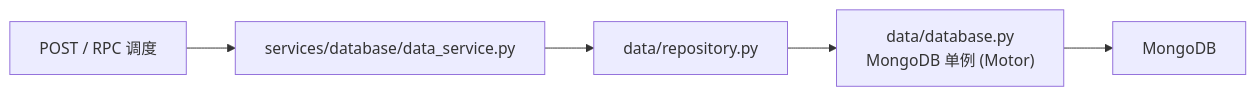
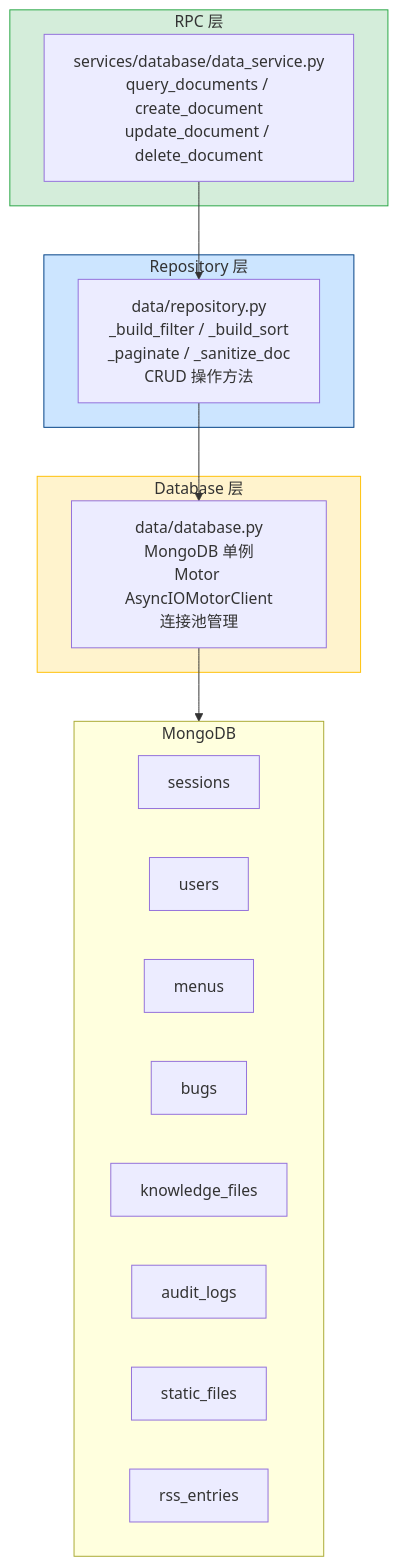
One commit to effiy/YrY changed the first of 2 diagrams in YiKnowledge/projects/yiai/devs/2026-08/15-prd-task-数据访问层.md. Above: the diagram before and after it, drawn with Mermaid. The commit also changed other lines of this file and 4958 other files, not shown here.

````diff
--- a/YiKnowledge/projects/yiai/devs/2026-08/15-prd-task-数据访问层.md
+++ b/YiKnowledge/projects/yiai/devs/2026-08/15-prd-task-数据访问层.md
@@ -32,7 +39,33 @@
 ```mermaid
-flowchart LR
-  RPC["POST / RPC 调度"] --> DS["services/database/data_service.py"]
-  DS --> REPO["data/repository.py"]
-  REPO --> DB["data/database.py<br/>MongoDB 单例 (Motor)"]
-  DB --> MONGO["MongoDB"]
+graph TD
+  subgraph RPC["RPC 层"]
+    DS["services/database/data_service.py<br/>query_documents / create_document<br/>update_document / delete_document"]
+  end
+
+  subgraph REPOSITORY["Repository 层"]
+    REPO["data/repository.py<br/>_build_filter / _build_sort<br/>_paginate / _sanitize_doc<br/>CRUD 操作方法"]
+  end
+
+  subgraph DATABASE["Database 层"]
+    DB["data/database.py<br/>MongoDB 单例<br/>Motor AsyncIOMotorClient<br/>连接池管理"]
+  end
+
+  subgraph MONGO["MongoDB"]
+    SESSIONS["sessions"]
+    USERS["users"]
+    MENUS["menus"]
+    BUGS["bugs"]
+    KNOWLEDGE["knowledge_files"]
+    AUDIT["audit_logs"]
+    STATIC["static_files"]
+    RSS["rss_entries"]
+  end
+
+  DS --> REPO
+  REPO --> DB
+  DB --> MONGO
+
+  style RPC fill:#d4edda,stroke:#28a745
+  style REPOSITORY fill:#cce5ff,stroke:#004085
+  style DATABASE fill:#fff3cd,stroke:#ffc107
 ```
````
